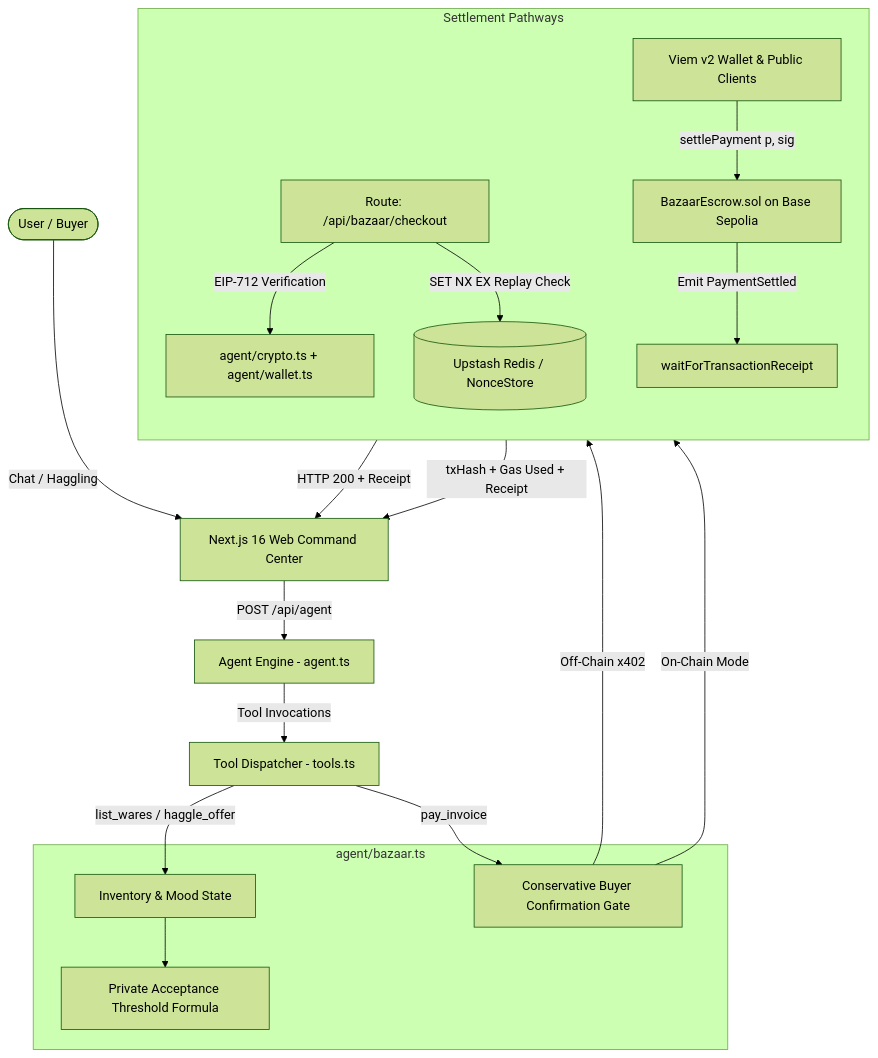
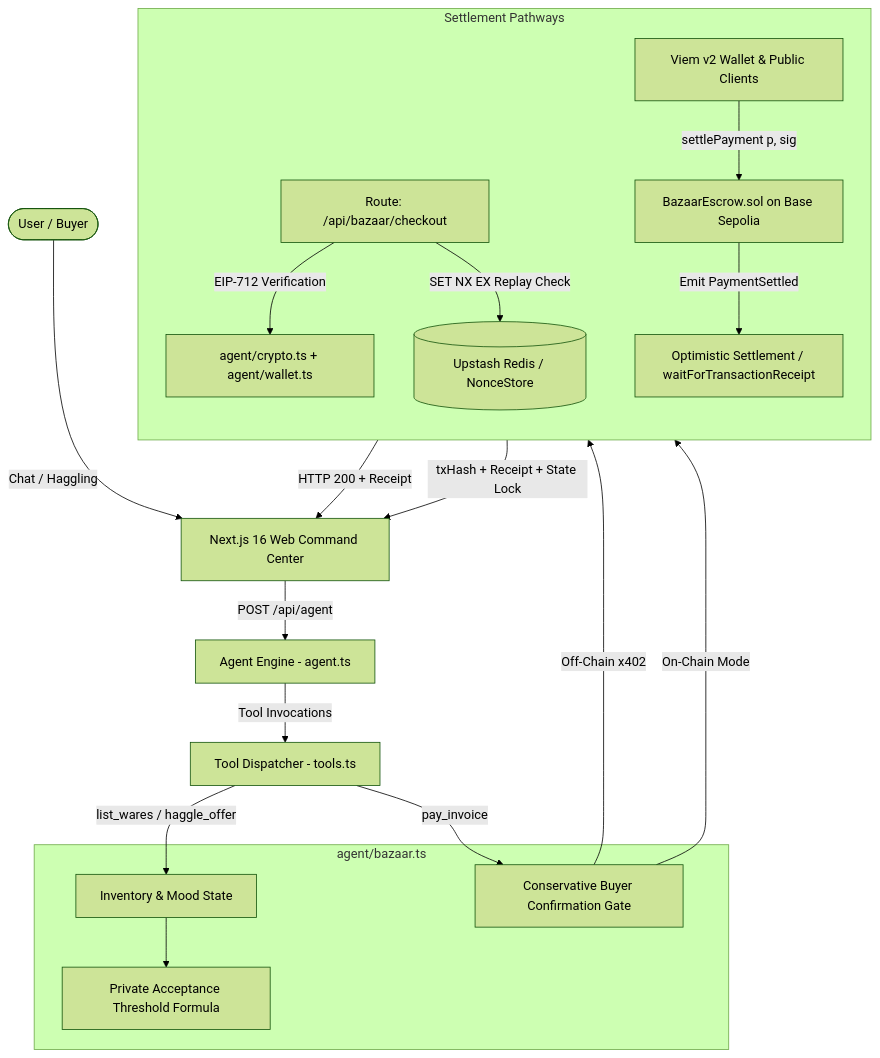
One commit to shrguhaneogi-pixel/agentmaxx changed the first of 2 diagrams in README.md. Above: the diagram before and after it, drawn with Mermaid (forest theme). The commit also changed other lines of this file and 1 other file, not shown here.

First line of the commit message:
docs(readme): add marzaban_demo02.mp4 video showcase and update architecture metrics

````diff
--- a/README.md
+++ b/README.md
@@ -75,30 +102,30 @@
 ```mermaid
 flowchart TD
     User([User / Buyer]) -->|Chat / Haggling| UI[Next.js 16 Web Command Center]
     UI -->|POST /api/agent| AgentEngine[Agent Engine - agent.ts]
     AgentEngine -->|Tool Invocations| ToolDispatcher[Tool Dispatcher - tools.ts]
     
     subgraph Bazaar State Machine [agent/bazaar.ts]
         Stall[Inventory & Mood State]
         FloorCalc[Private Acceptance Threshold Formula]
         Gate[Conservative Buyer Confirmation Gate]
     end
 
     ToolDispatcher -->|list_wares / haggle_offer| Stall
     Stall --> FloorCalc
     ToolDispatcher -->|pay_invoice| Gate
 
     subgraph Settlement Pathways
         direction TB
         Gate -->|Off-Chain x402| X402Route[Route: /api/bazaar/checkout]
         X402Route -->|EIP-712 Verification| CryptoOff[agent/crypto.ts + agent/wallet.ts]
         X402Route -->|SET NX EX Replay Check| RedisStore[(Upstash Redis / NonceStore)]
         
         Gate -->|On-Chain Mode| ViemClient[Viem v2 Wallet & Public Clients]
         ViemClient -->|settlePayment p, sig| EscrowContract[BazaarEscrow.sol on Base Sepolia]
-        EscrowContract -->|Emit PaymentSettled| BlockFinality[waitForTransactionReceipt]
+        EscrowContract -->|Emit PaymentSettled| BlockFinality[Optimistic Settlement / waitForTransactionReceipt]
     end
 
     CryptoOff -->|HTTP 200 + Receipt| UI
-    BlockFinality -->|txHash + Gas Used + Receipt| UI
+    BlockFinality -->|txHash + Receipt + State Lock| UI
 ```
````
